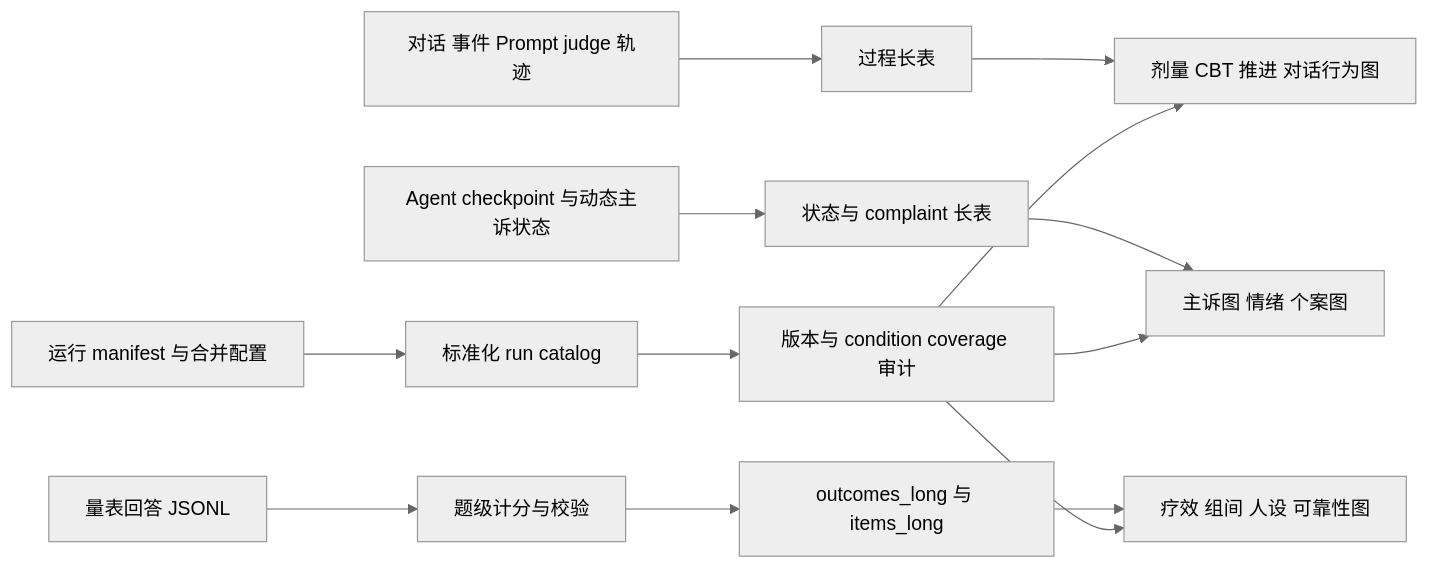
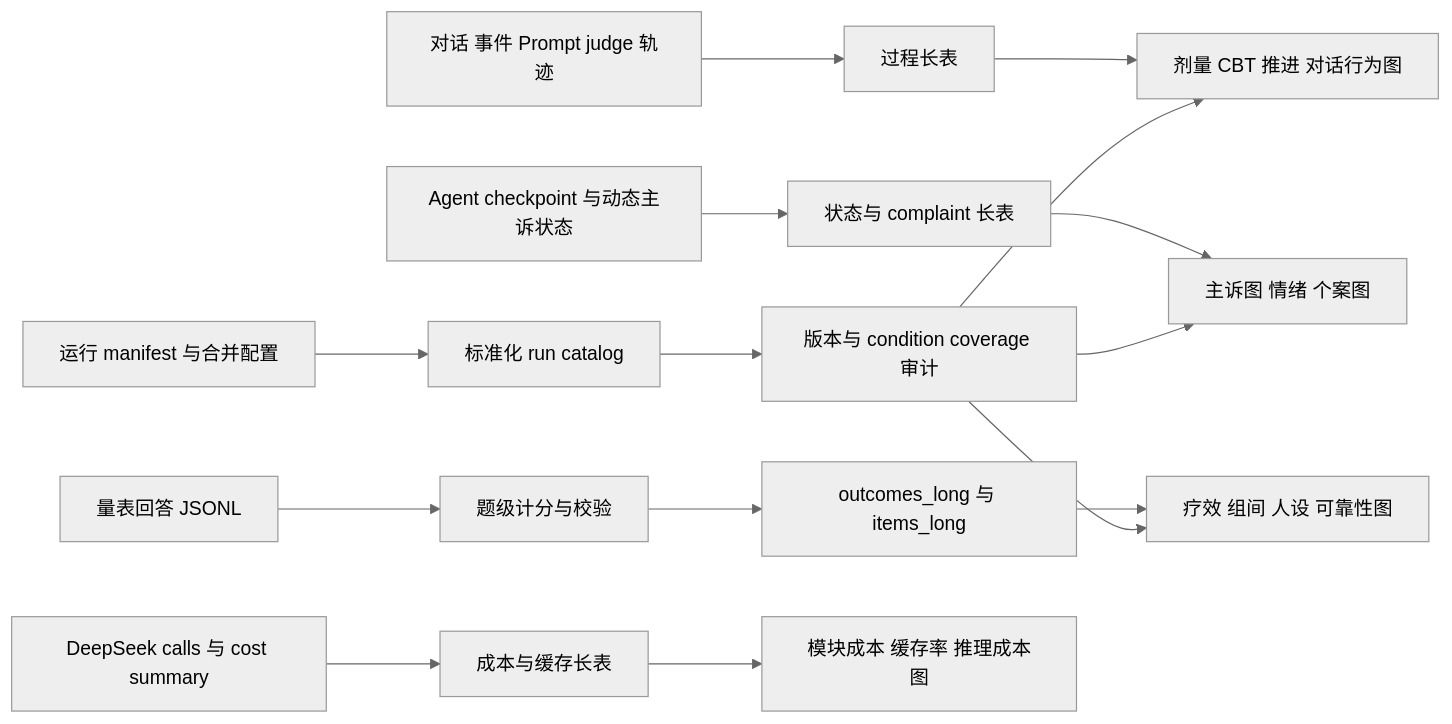
One commit to MUSE-Lab-SZU/generative_agents changed the first of 2 diagrams in docs/town_method/05_results_and_figures.md. Above: the diagram before and after it, drawn with Mermaid (neutral theme). The commit also changed other lines of this file and 77 other files, not shown here.

````diff
--- a/docs/town_method/05_results_and_figures.md
+++ b/docs/town_method/05_results_and_figures.md
@@ -35,15 +38,17 @@
 ```mermaid
 flowchart LR
     A[运行 manifest 与合并配置] --> C[标准化 run catalog]
     B1[对话 事件 Prompt judge 轨迹] --> D[过程长表]
     B2[Agent checkpoint 与动态主诉状态] --> E[状态与 complaint 长表]
     B3[量表回答 JSONL] --> F[题级计分与校验]
+    B4[DeepSeek calls 与 cost summary] --> L[成本与缓存长表]
     F --> G[outcomes_long 与 items_long]
     C --> H[版本与 condition coverage 审计]
     D --> I[剂量 CBT 推进 对话行为图]
     E --> J[主诉图 情绪 个案图]
     G --> K[疗效 组间 人设 可靠性图]
     H --> I
     H --> J
     H --> K
+    L --> M[模块成本 缓存率 推理成本图]
 ```
````
